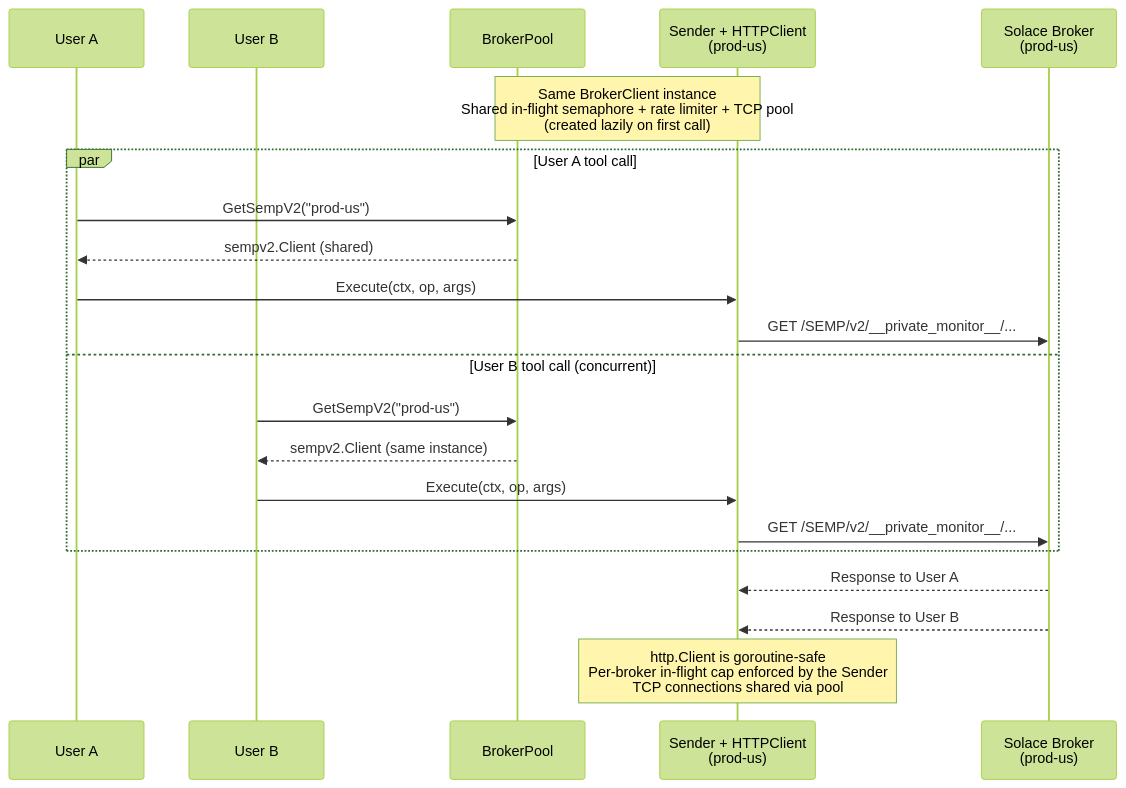
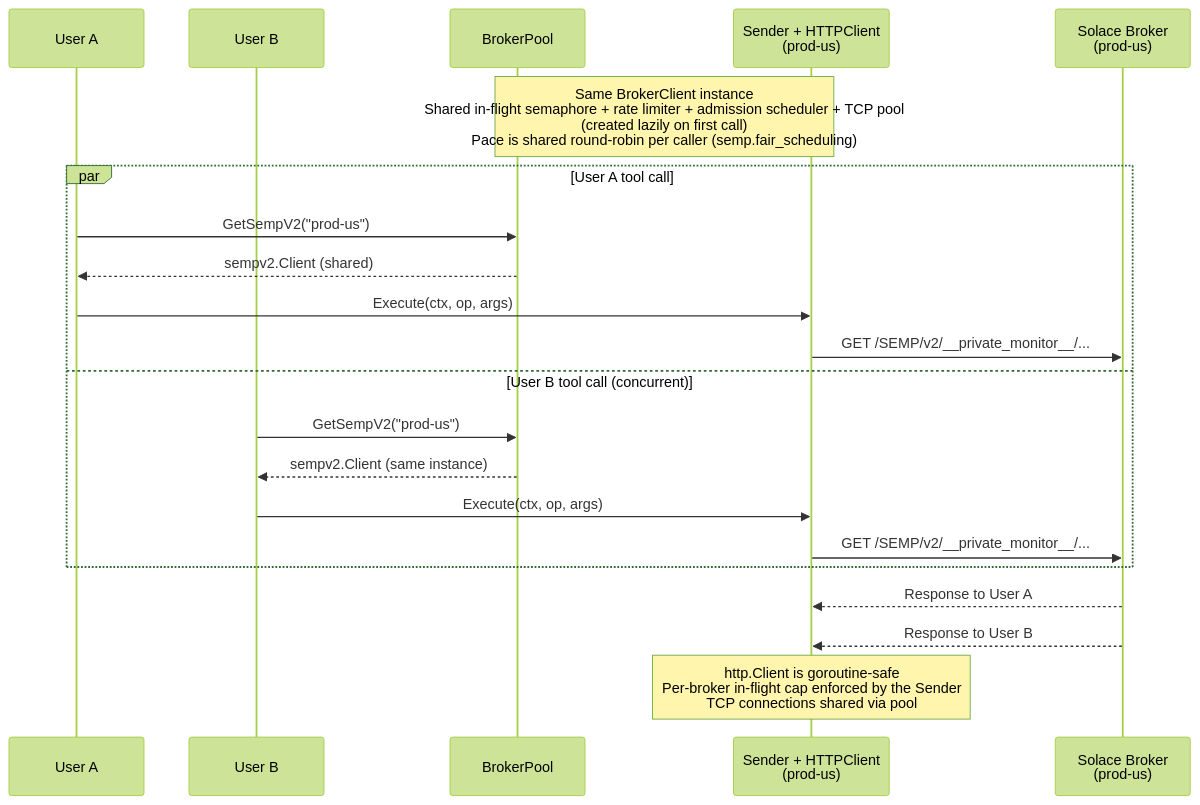
Before and after one commit to SolaceProducts/solace-broker-mcp: the fifth of 6 diagrams in docs/internal/architecture.md, drawn with Mermaid (forest theme). The commit also changed other lines of this file and 20 other files, not shown here.

First line of the commit message:
SOL-153441: share each broker's request pace fairly across callers (#366)

````diff
--- a/docs/internal/architecture.md
+++ b/docs/internal/architecture.md
@@ -368,27 +368,27 @@
 ```mermaid
 sequenceDiagram
     participant A as User A
     participant B as User B
     participant Pool as BrokerPool
     participant HC as Sender + HTTPClient<br/>(prod-us)
     participant Broker as Solace Broker<br/>(prod-us)
 
-    Note over Pool,HC: Same BrokerClient instance<br/>Shared in-flight semaphore + rate limiter + TCP pool<br/>(created lazily on first call)
+    Note over Pool,HC: Same BrokerClient instance<br/>Shared in-flight semaphore + rate limiter + admission scheduler + TCP pool<br/>(created lazily on first call)<br/>Pace is shared round-robin per caller (semp.fair_scheduling)
 
     par User A tool call
         A->>Pool: GetSempV2("prod-us")
         Pool-->>A: sempv2.Client (shared)
         A->>HC: Execute(ctx, op, args)
         HC->>Broker: GET /SEMP/v2/__private_monitor__/...
     and User B tool call (concurrent)
         B->>Pool: GetSempV2("prod-us")
         Pool-->>B: sempv2.Client (same instance)
         B->>HC: Execute(ctx, op, args)
         HC->>Broker: GET /SEMP/v2/__private_monitor__/...
     end
 
     Broker-->>HC: Response to User A
     Broker-->>HC: Response to User B
 
     Note over HC: http.Client is goroutine-safe<br/>Per-broker in-flight cap enforced by the Sender<br/>TCP connections shared via pool
 ```
````
